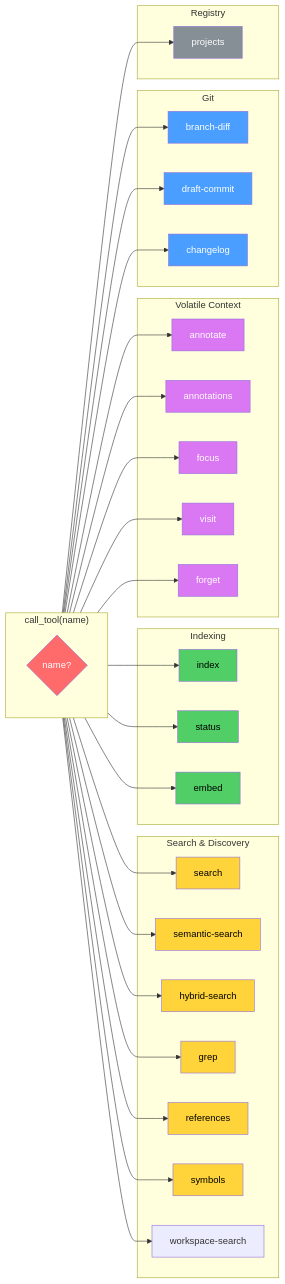
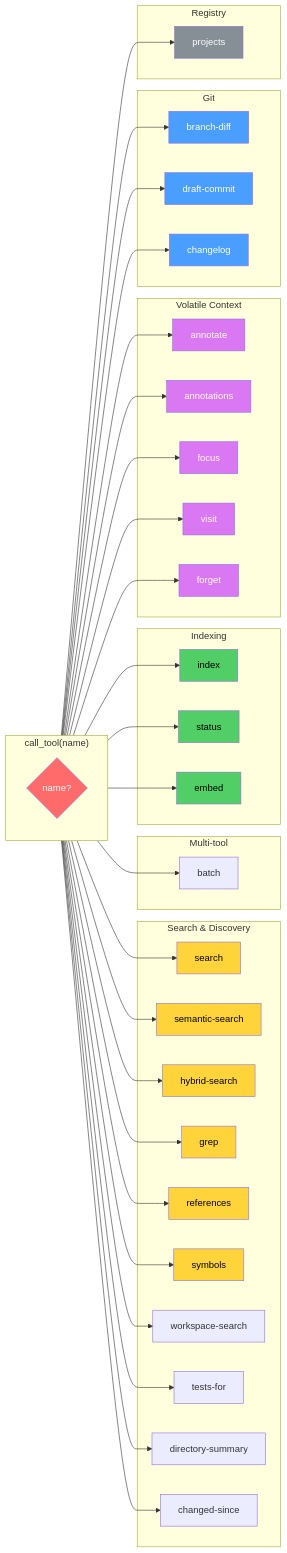
One commit to CryptArtificer/booger changed the third of 9 diagrams in doc/architecture.md. Above: the diagram before and after it, drawn with Mermaid. The commit also changed other lines of this file and 4 other files, not shown here.

First line of the commit message:
Add batch, changed-since, directory-summary, tests-for tools

````diff
--- a/doc/architecture.md
+++ b/doc/architecture.md
@@ -92,67 +92,75 @@
 ```mermaid
 graph LR
     subgraph "call_tool(name)"
         direction TB
         D{name?}
     end
 
     subgraph "Search & Discovery"
         T1[search]
         T2[semantic-search]
         T3[hybrid-search]
         T4[grep]
         T5[references]
         T6[symbols]
         T19[workspace-search]
+        T20[tests-for]
+        T21[directory-summary]
+        T22[changed-since]
+    end
+
+    subgraph "Multi-tool"
+        T23[batch]
     end
 
     subgraph "Indexing"
         T7[index]
         T8[status]
         T9[embed]
     end
 
     subgraph "Volatile Context"
         T10[annotate]
         T11[annotations]
         T12[focus]
         T13[visit]
         T14[forget]
     end
 
     subgraph "Git"
         T15[branch-diff]
         T16[draft-commit]
         T17[changelog]
     end
 
     subgraph "Registry"
         T18[projects]
     end
 
-    D --> T1 & T2 & T3 & T4 & T5 & T6 & T19
+    D --> T1 & T2 & T3 & T4 & T5 & T6 & T19 & T20 & T21 & T22
+    D --> T23
     D --> T7 & T8 & T9
     D --> T10 & T11 & T12 & T13 & T14
     D --> T15 & T16 & T17
     D --> T18
 
     style D fill:#ff6b6b,color:#fff
     style T1 fill:#ffd43b,color:#000
     style T2 fill:#ffd43b,color:#000
     style T3 fill:#ffd43b,color:#000
     style T4 fill:#ffd43b,color:#000
     style T5 fill:#ffd43b,color:#000
     style T6 fill:#ffd43b,color:#000
     style T7 fill:#51cf66,color:#000
     style T8 fill:#51cf66,color:#000
     style T9 fill:#51cf66,color:#000
     style T10 fill:#da77f2,color:#fff
     style T11 fill:#da77f2,color:#fff
     style T12 fill:#da77f2,color:#fff
     style T13 fill:#da77f2,color:#fff
     style T14 fill:#da77f2,color:#fff
     style T15 fill:#4a9eff,color:#fff
     style T16 fill:#4a9eff,color:#fff
     style T17 fill:#4a9eff,color:#fff
     style T18 fill:#868e96,color:#fff
 ```
````
